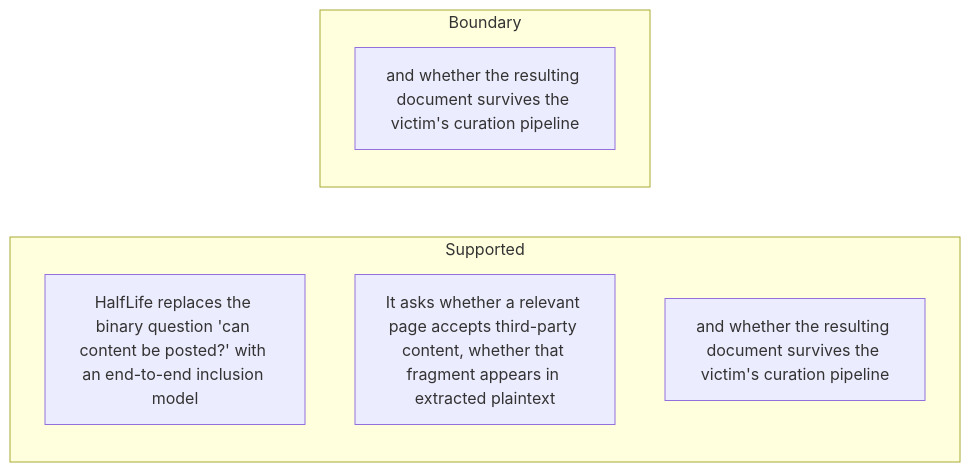
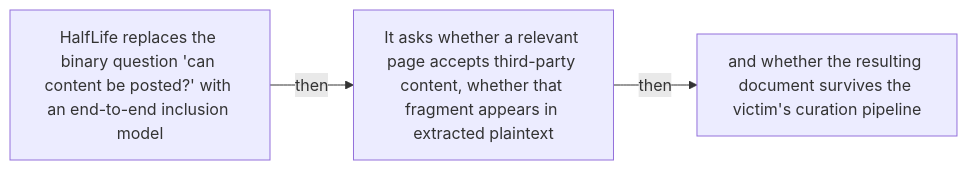
The ninth of 48 diagrams in docs/visual-manifests/VISUAL_MANIFEST_COMPUTATIONAL_PROPAGANDA.md (Betancourt1/paper_atlas), drawn with Mermaid before and after one commit. The commit also changed other lines of this file and 7 other files, not shown here.

````diff
--- a/docs/visual-manifests/VISUAL_MANIFEST_COMPUTATIONAL_PROPAGANDA.md
+++ b/docs/visual-manifests/VISUAL_MANIFEST_COMPUTATIONAL_PROPAGANDA.md
@@ -683,11 +669,8 @@
 ```mermaid
 flowchart LR
-  subgraph Supported
-    a1["HalfLife replaces the binary question 'can content be posted?' with an end-to-end inclusion model"]
-    a2["It asks whether a relevant page accepts third-party content, whether that fragment appears in extracted plaintext"]
-    a3["and whether the resulting document survives the victim's curation pipeline"]
-  end
-  subgraph Boundary
-    b1["and whether the resulting document survives the victim's curation pipeline"]
-  end
+  n1["HalfLife replaces the binary question 'can content be posted?' with an end-to-end inclusion model"]
+  n2["It asks whether a relevant page accepts third-party content, whether that fragment appears in extracted plaintext"]
+  n3["and whether the resulting document survives the victim's curation pipeline"]
+  n1 -->|"then"| n2
+  n2 -->|"then"| n3
 ```
````
